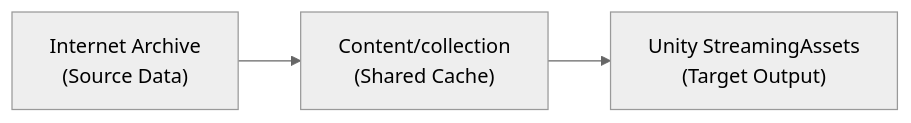
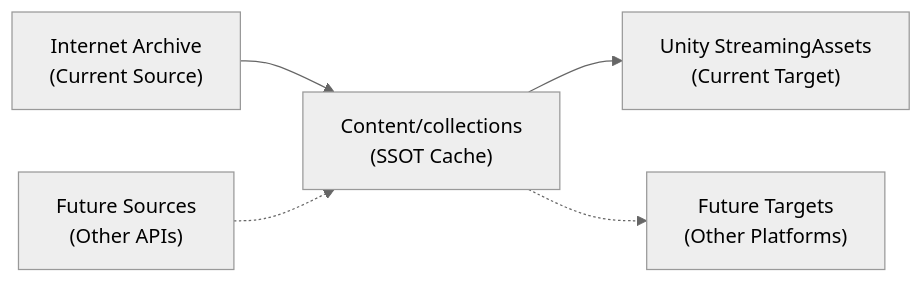
The first of 7 diagrams in SvelteKit/BackSpace/README-PIPELINE.md (publiccodenet/SpaceCraft), drawn with Mermaid (neutral theme) before and after one commit. The commit also changed other lines of this file and 5 other files, not shown here.

Commit message:
still about to regen schema

````diff
--- a/SvelteKit/BackSpace/README-PIPELINE.md
+++ b/SvelteKit/BackSpace/README-PIPELINE.md
@@ -11,5 +15,7 @@
 ```mermaid
 flowchart LR
-    A["Internet Archive\n(Source Data)"] --> B["Content/collection\n(Shared Cache)"]
-    B --> C["Unity StreamingAssets\n(Target Output)"]
+    A["Internet Archive\n(Current Source)"] --> B["Content/collections\n(SSOT Cache)"]
+    F["Future Sources\n(Other APIs)"] -.-> B
+    B --> C["Unity StreamingAssets\n(Current Target)"]
+    B -.-> G["Future Targets\n(Other Platforms)"]
 ```
````
